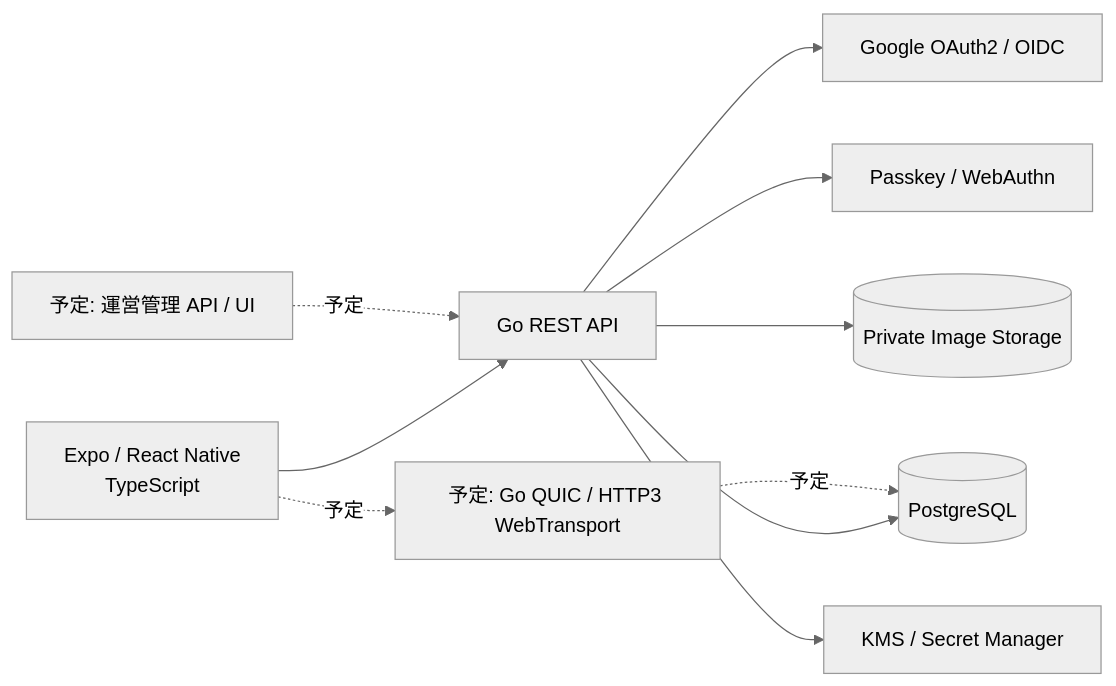
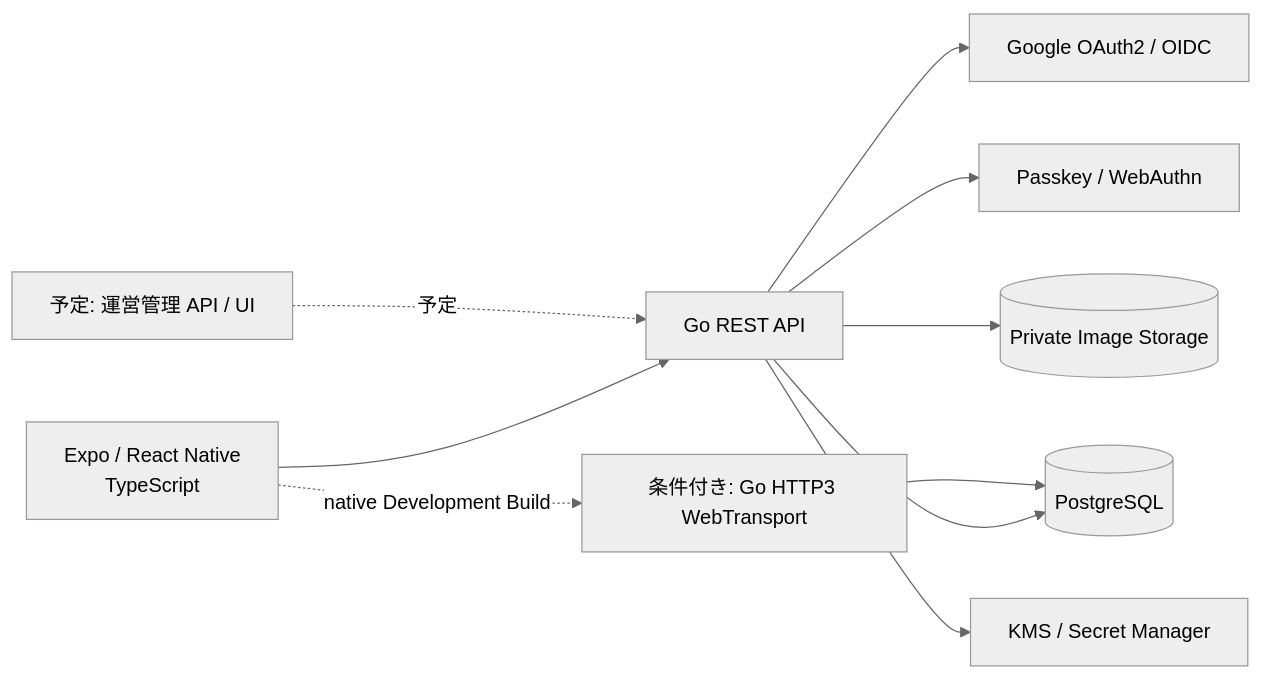
The first of 3 diagrams in docs/architecture.md (Tornado2026-team-j/Samurai-meet), drawn with Mermaid (neutral theme) before and after one commit. The commit also changed other lines of this file and 35 other files, not shown here.

````diff
--- a/docs/architecture.md
+++ b/docs/architecture.md
@@ -7,22 +7,22 @@
 ```mermaid
 flowchart LR
     App[Expo / React Native<br/>TypeScript]
     API[Go REST API]
-    QUIC[予定: Go QUIC / HTTP3 WebTransport]
+    QUIC[条件付き: Go HTTP3 WebTransport]
     Auth[Google OAuth2 / OIDC]
     Passkey[Passkey / WebAuthn]
     DB[(PostgreSQL)]
     Storage[(Private Image Storage)]
     KMS[KMS / Secret Manager]
     Admin[予定: 運営管理 API / UI]
 
     App --> API
-    App -. 予定 .-> QUIC
+    App -. native Development Build .-> QUIC
     API --> Auth
     API --> Passkey
     API --> DB
     API --> Storage
     API --> KMS
-    QUIC -. 予定 .-> DB
+    QUIC --> DB
     Admin -. 予定 .-> API
 ```
````
